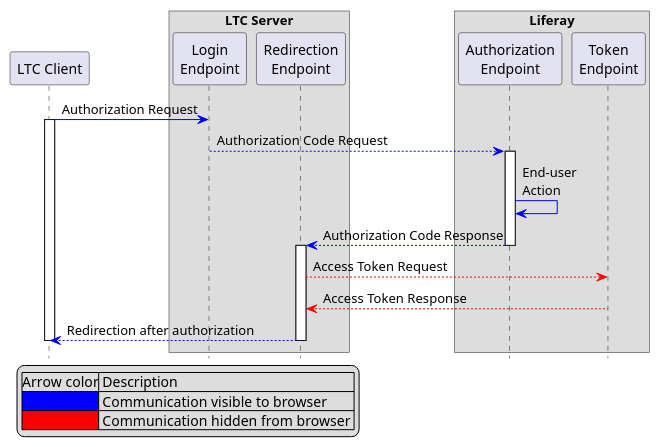
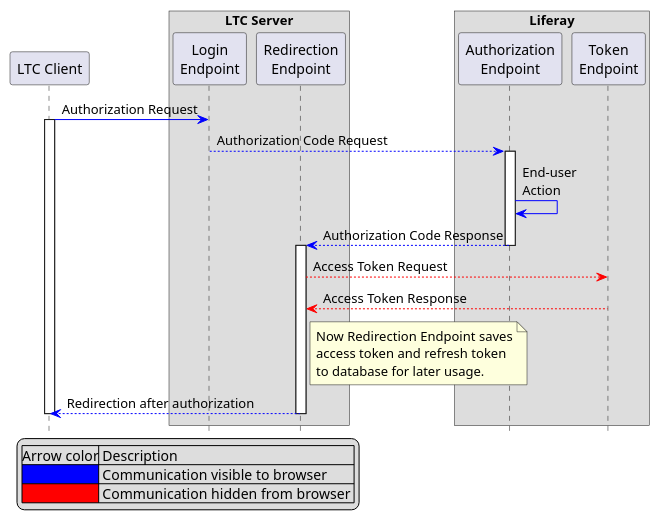
One commit to LayerManager/layman changed the diagram in doc/oauth2-auth-code.puml. Above: the diagram before and after it, drawn with PlantUML. The commit also changed 5 other files, not shown here.

```diff
--- a/doc/oauth2-auth-code.puml
+++ b/doc/oauth2-auth-code.puml
@@ -1,36 +1,41 @@
 @startuml
 hide footbox
 participant "LTC Client" as ltcc
 
 box "LTC Server"
     participant "Login\nEndpoint" as ltcslogin
     participant "Redirection\nEndpoint" as ltcsredir
 end box
 
 box "Liferay"
 	participant "Authorization\nEndpoint" as lrauth
 	participant "Token\nEndpoint" as lrtoken
 end box
 
 
 ltcc [#0000FF]-> ltcslogin: Authorization Request
 activate ltcc
 ltcslogin [#0000FF]--> lrauth: Authorization Code Request
 activate lrauth
 lrauth [#0000FF]-> lrauth: End-user\nAction
 lrauth [#0000FF]--> ltcsredir: Authorization Code Response
 deactivate lrauth
 activate ltcsredir
 ltcsredir [#ff0000]--> lrtoken: Access Token Request
 lrtoken [#ff0000]--> ltcsredir: Access Token Response
+note right of ltcsredir
+    Now Redirection Endpoint saves
+    access token and refresh token
+    to database for later usage.
+end note
 ltcsredir [#0000FF]--> ltcc: Redirection after authorization
 deactivate ltcsredir
 deactivate ltcc
 
 legend left
     |Arrow color| Description |
     |<#0000FF>| Communication visible to browser |
     |<#FF0000>| Communication hidden from browser |
 endlegend
 
 @enduml
```
